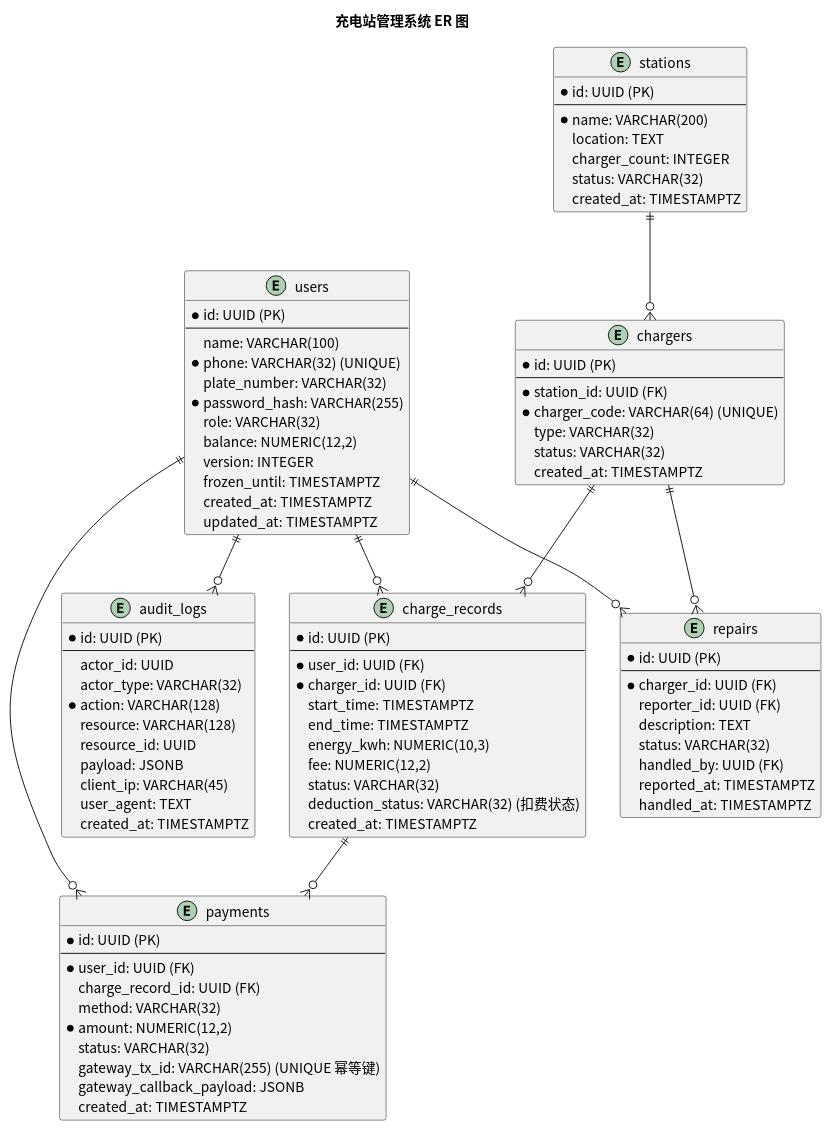
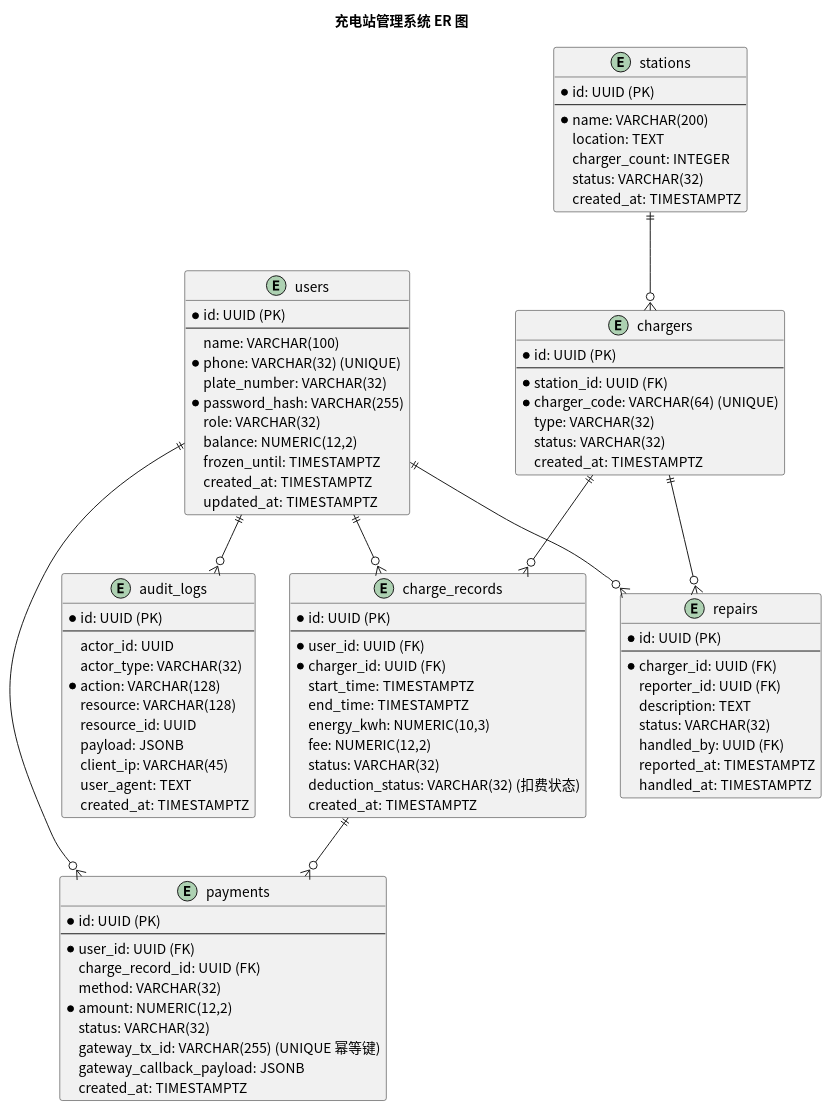
One commit to greenhandzdl/charging-station-doc changed the diagram in usecase/docs/database/src/er_diagram.puml. Above: the diagram before and after it, drawn with PlantUML. The commit also changed 18 other files, not shown here.

First line of the commit message:
fix: 架构与安全评估修复 — 类图 Service 层补全实现类、新增强制结束充电时序图、移除未使用的 version 字段

```diff
--- a/usecase/docs/database/src/er_diagram.puml
+++ b/usecase/docs/database/src/er_diagram.puml
@@ -1,102 +1,101 @@
 @startuml
 skinparam defaultFontName "Noto Sans CJK SC"
 skinparam defaultFontSize 14
 title 充电站管理系统 ER 图
 
 entity users {
   *id: UUID (PK)
   --
   name: VARCHAR(100)
   *phone: VARCHAR(32) (UNIQUE)
   plate_number: VARCHAR(32)
   *password_hash: VARCHAR(255)
   role: VARCHAR(32)
   balance: NUMERIC(12,2)
-  version: INTEGER
   frozen_until: TIMESTAMPTZ
   created_at: TIMESTAMPTZ
   updated_at: TIMESTAMPTZ
 }
 
 entity stations {
   *id: UUID (PK)
   --
   *name: VARCHAR(200)
   location: TEXT
   charger_count: INTEGER
   status: VARCHAR(32)
   created_at: TIMESTAMPTZ
 }
 
 entity chargers {
   *id: UUID (PK)
   --
   *station_id: UUID (FK)
   *charger_code: VARCHAR(64) (UNIQUE)
   type: VARCHAR(32)
   status: VARCHAR(32)
   created_at: TIMESTAMPTZ
 }
 
 entity charge_records {
   *id: UUID (PK)
   --
   *user_id: UUID (FK)
   *charger_id: UUID (FK)
   start_time: TIMESTAMPTZ
   end_time: TIMESTAMPTZ
   energy_kwh: NUMERIC(10,3)
   fee: NUMERIC(12,2)
   status: VARCHAR(32)
   deduction_status: VARCHAR(32) (扣费状态)
   created_at: TIMESTAMPTZ
 }
 
 entity payments {
   *id: UUID (PK)
   --
   *user_id: UUID (FK)
   charge_record_id: UUID (FK)
   method: VARCHAR(32)
   *amount: NUMERIC(12,2)
   status: VARCHAR(32)
   gateway_tx_id: VARCHAR(255) (UNIQUE 幂等键)
   gateway_callback_payload: JSONB
   created_at: TIMESTAMPTZ
 }
 
 entity repairs {
   *id: UUID (PK)
   --
   *charger_id: UUID (FK)
   reporter_id: UUID (FK)
   description: TEXT
   status: VARCHAR(32)
   handled_by: UUID (FK)
   reported_at: TIMESTAMPTZ
   handled_at: TIMESTAMPTZ
 }
 
 entity audit_logs {
   *id: UUID (PK)
   --
   actor_id: UUID
   actor_type: VARCHAR(32)
   *action: VARCHAR(128)
   resource: VARCHAR(128)
   resource_id: UUID
   payload: JSONB
   client_ip: VARCHAR(45)
   user_agent: TEXT
   created_at: TIMESTAMPTZ
 }
 
 stations ||--o{ chargers
 users ||--o{ charge_records
 chargers ||--o{ charge_records
 users ||--o{ payments
 charge_records ||--o{ payments
 users ||--o{ repairs
 chargers ||--o{ repairs
 users ||--o{ audit_logs
 @enduml
```
